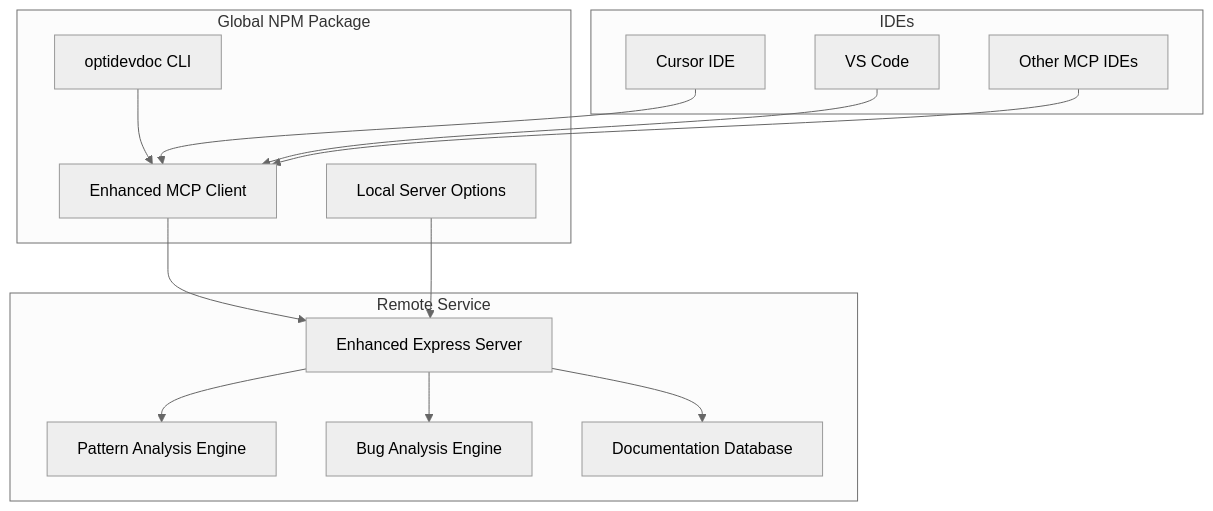
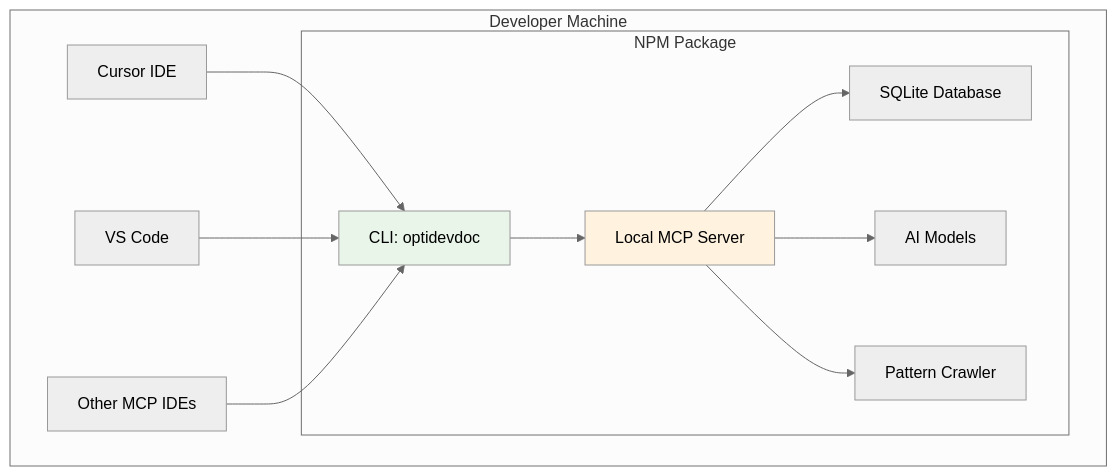
One commit to biswajitpanday/Optivise changed the second of 2 diagrams in README.md. Above: the diagram before and after it, drawn with Mermaid (neutral theme). The commit also changed other lines of this file and 6 other files, not shown here.

````diff
--- a/README.md
+++ b/README.md
@@ -143,31 +131,27 @@
 ```mermaid
 graph TB
-    subgraph "Global NPM Package"
-        A[optidevdoc CLI]
-        B[Enhanced MCP Client]
-        C[Local Server Options]
+    subgraph "Developer Machine"
+        A[Cursor IDE]
+        B[VS Code]
+        C[Other MCP IDEs]
+        
+        subgraph "NPM Package"
+            D[CLI: optidevdoc]
+            E[Local MCP Server]
+            F[SQLite Database]
+            G[AI Models]
+            H[Pattern Crawler]
+        end
     end
-
-    subgraph "Remote Service"
-        D[Enhanced Express Server]
-        E[Pattern Analysis Engine]
-        F[Bug Analysis Engine]
-        G[Documentation Database]
-    end
-
-    subgraph "IDEs"
-        H[Cursor IDE]
-        I[VS Code]
-        J[Other MCP IDEs]
-    end
-
-    A --> B
+    
+    A --> D
     B --> D
     C --> D
-    H --> B
-    I --> B
-    J --> B
     D --> E
-    D --> F
-    D --> G
+    E --> F
+    E --> G
+    E --> H
+    
+    style D fill:#e8f5e8
+    style E fill:#fff3e0
 ```
````
